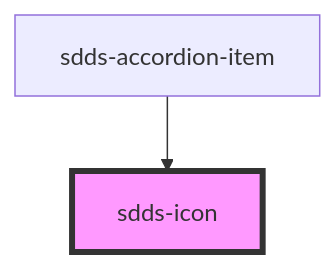
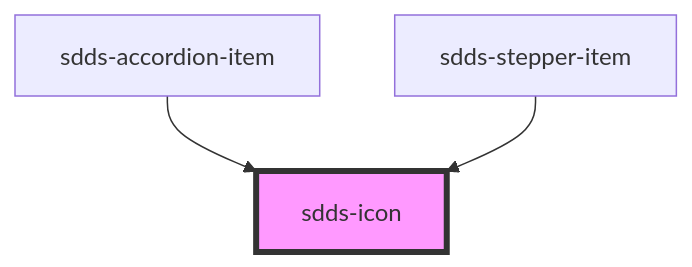
One commit to scania-digital-design-system/sdds changed the diagram in tegel/src/components/icon/readme.md. Above: the diagram before and after it, drawn with Mermaid. The commit also changed other lines of this file and 10 other files, not shown here.

````diff
--- a/tegel/src/components/icon/readme.md
+++ b/tegel/src/components/icon/readme.md
@@ -21,5 +22,6 @@
 ```mermaid
 graph TD;
   sdds-accordion-item --> sdds-icon
+  sdds-stepper-item --> sdds-icon
   style sdds-icon fill:#f9f,stroke:#333,stroke-width:4px
 ```
````
